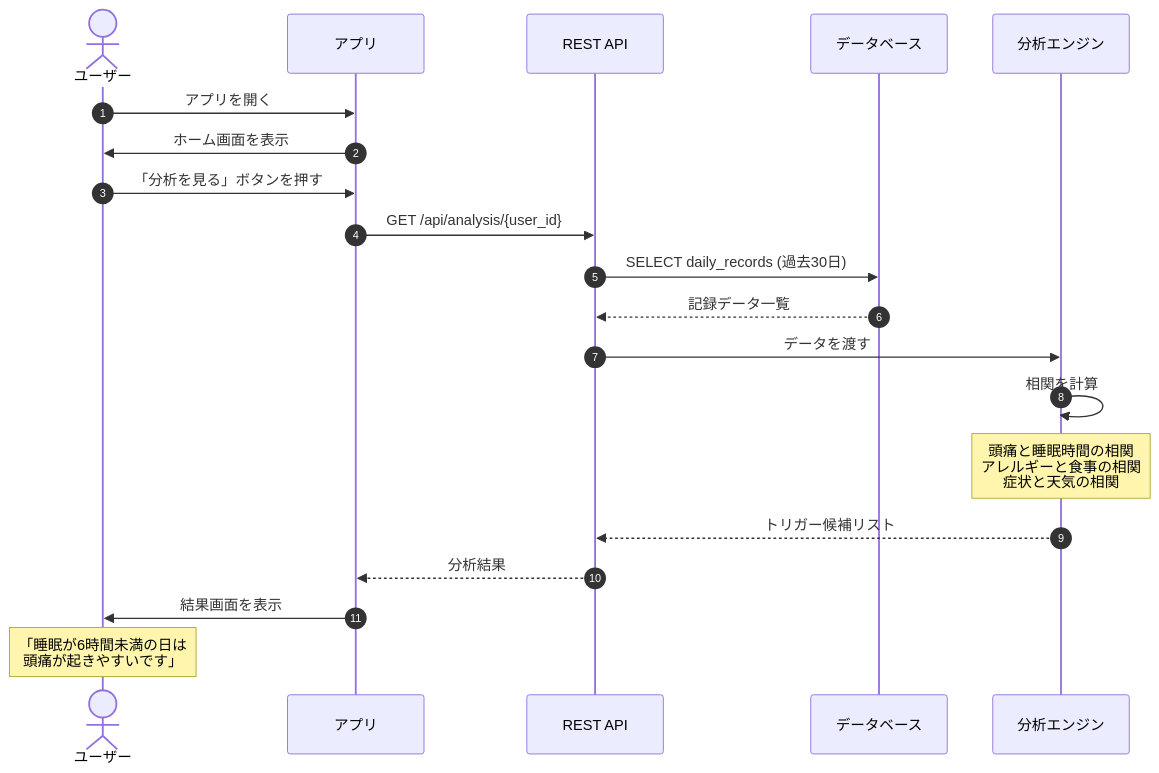
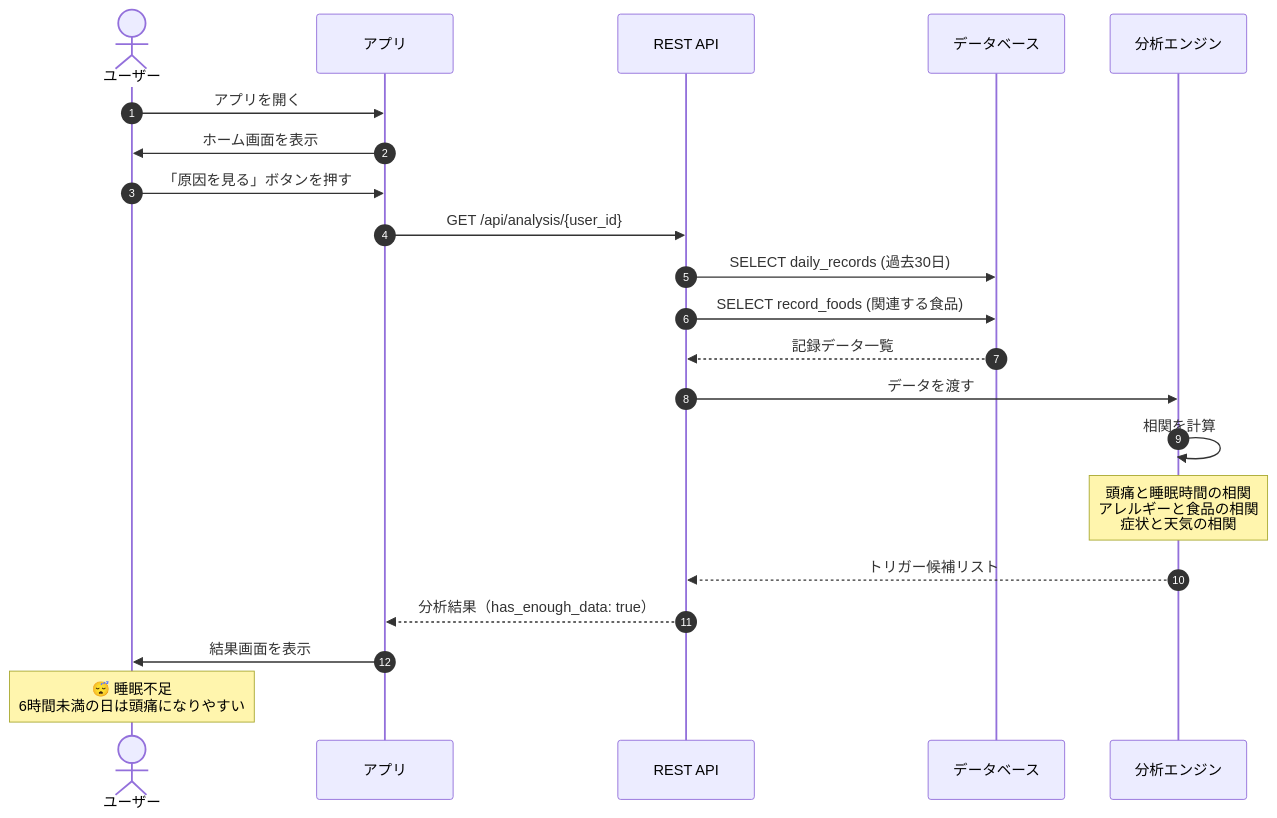
The second of 11 diagrams in document/APP/sequence.md (Syota622/TriggerSearch), drawn with Mermaid before and after one commit. The commit also changed other lines of this file and 3 other files, not shown here.

````diff
--- a/document/APP/sequence.md
+++ b/document/APP/sequence.md
@@ -39,27 +51,28 @@
 ```mermaid
 sequenceDiagram
     autonumber
     actor User as ユーザー
     participant App as アプリ
     participant API as REST API
     participant DB as データベース
     participant Analyzer as 分析エンジン
 
     User->>App: アプリを開く
     App->>User: ホーム画面を表示
     
-    User->>App: 「分析を見る」ボタンを押す
+    User->>App: 「原因を見る」ボタンを押す
     
     App->>API: GET /api/analysis/{user_id}
     API->>DB: SELECT daily_records (過去30日)
+    API->>DB: SELECT record_foods (関連する食品)
     DB-->>API: 記録データ一覧
     
     API->>Analyzer: データを渡す
     Analyzer->>Analyzer: 相関を計算
-    Note over Analyzer: 頭痛と睡眠時間の相関<br/>アレルギーと食事の相関<br/>症状と天気の相関
+    Note over Analyzer: 頭痛と睡眠時間の相関<br/>アレルギーと食品の相関<br/>症状と天気の相関
     Analyzer-->>API: トリガー候補リスト
     
-    API-->>App: 分析結果
+    API-->>App: 分析結果（has_enough_data: true）
     App->>User: 結果画面を表示
-    Note over User: 「睡眠が6時間未満の日は<br/>頭痛が起きやすいです」
+    Note over User: 😴 睡眠不足<br/>6時間未満の日は頭痛になりやすい
 ```
````
